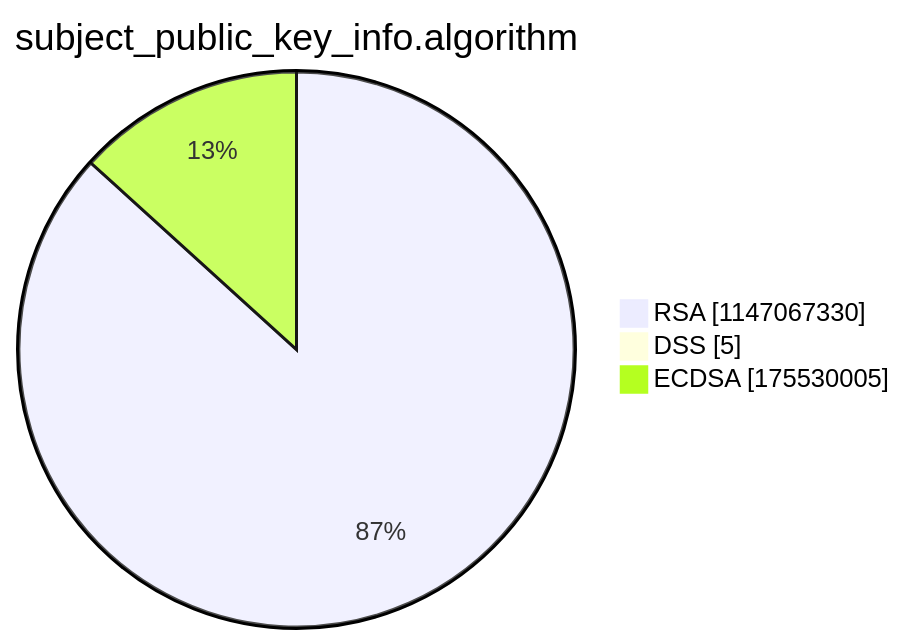
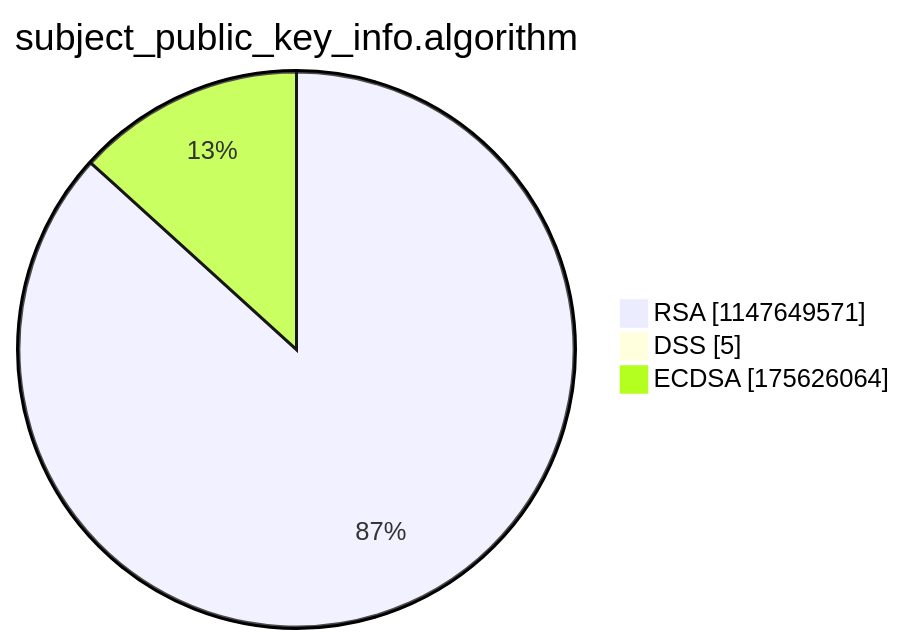
The third of 15 diagrams in argon2022/README.md (christiankrug/ctmonitor_visualization), drawn with Mermaid before and after one commit. The commit also changed other lines of this file, not shown here.

````diff
--- a/argon2022/README.md
+++ b/argon2022/README.md
@@ -14,7 +14,7 @@
 ```mermaid
 pie showData
 title subject_public_key_info.algorithm
-"RSA" :1147067330
+"RSA" :1147649571
 "DSS" :5
-"ECDSA" :175530005
+"ECDSA" :175626064
 ```
````
